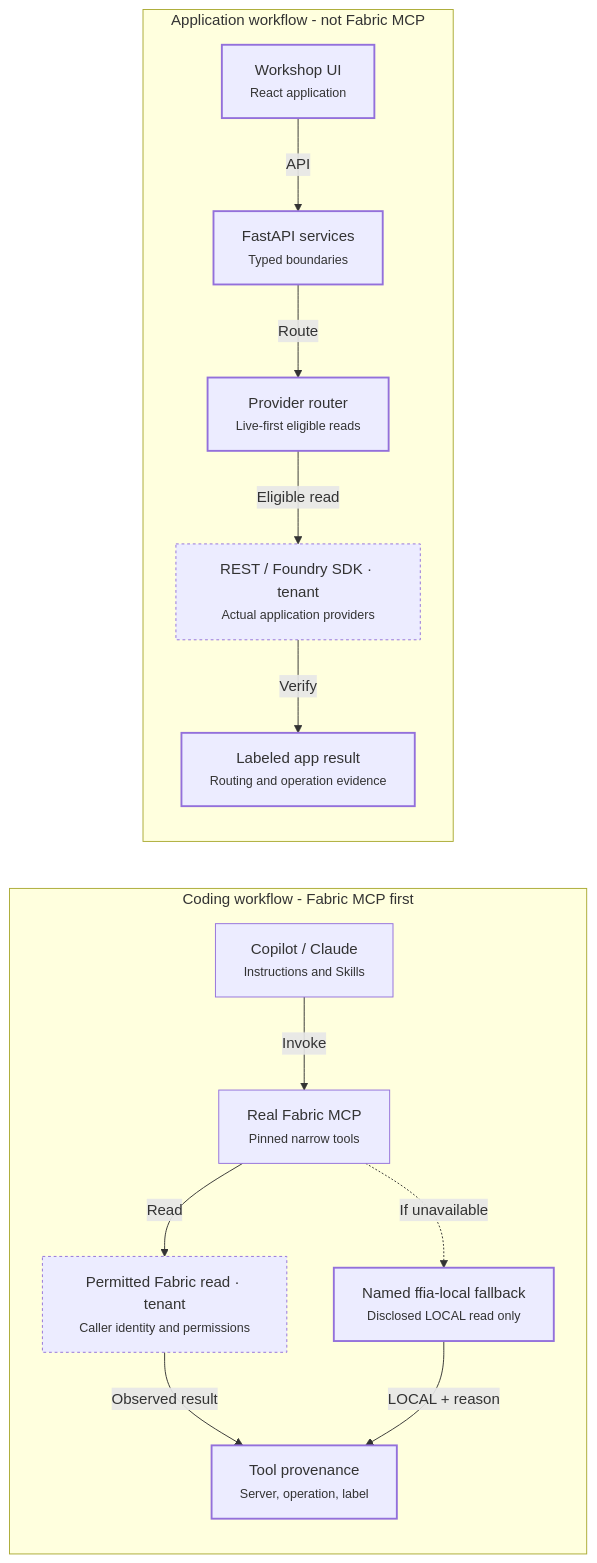
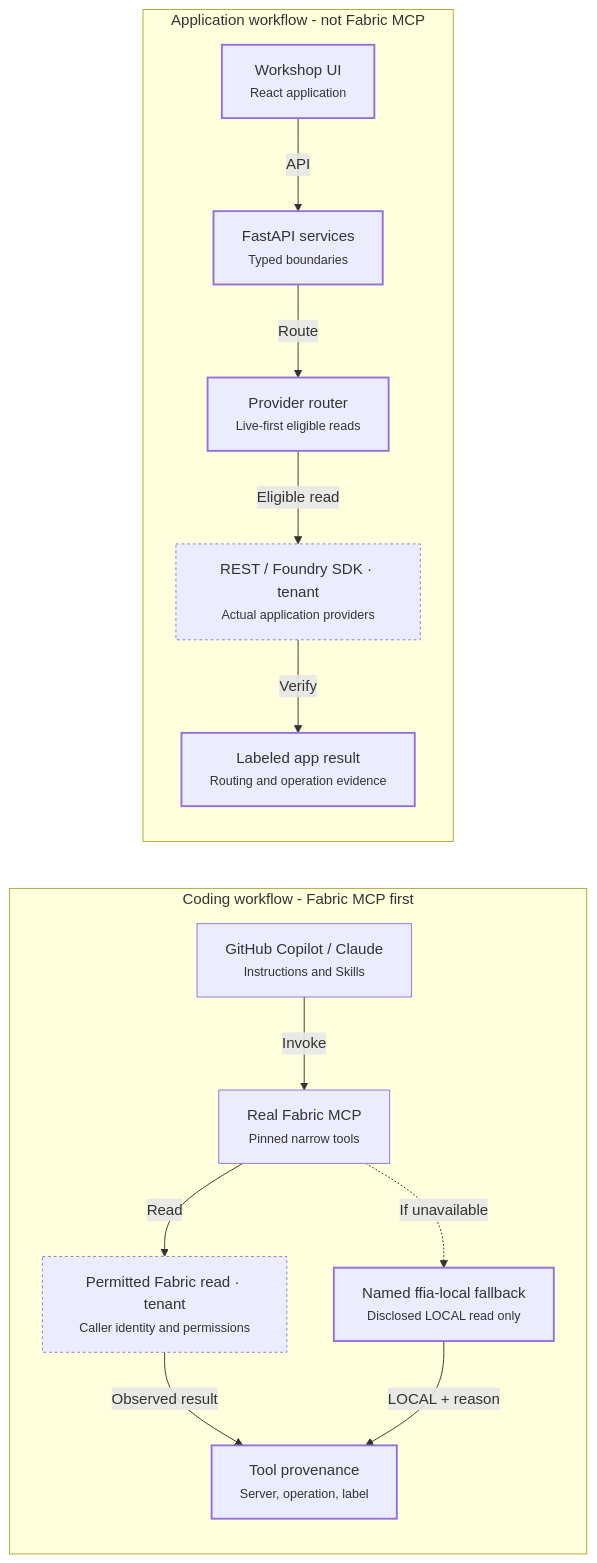
One commit to honestypugh2/fabric-foundry-integration-accelerator changed the diagram in docs/architecture/integration-paths.md. Above: the diagram before and after it, drawn with Mermaid. The commit also changed other lines of this file and 186 other files, not shown here.

First line of the commit message:
Polish sharing docs and GitHub Copilot branding

````diff
--- a/docs/architecture/integration-paths.md
+++ b/docs/architecture/integration-paths.md
@@ -20,35 +20,35 @@
 ```mermaid
 flowchart LR
   subgraph coding["Coding workflow - Fabric MCP first"]
-    harness["Copilot / Claude<br/><small>Instructions and Skills</small>"]
+    harness["GitHub Copilot / Claude<br/><small>Instructions and Skills</small>"]
     mcp["Real Fabric MCP<br/><small>Pinned narrow tools</small>"]
     fabric["Permitted Fabric read · tenant<br/><small>Caller identity and permissions</small>"]
     fallback["Named ffia-local fallback<br/><small>Disclosed LOCAL read only</small>"]
     tool_proof["Tool provenance<br/><small>Server, operation, label</small>"]
   end
   subgraph application["Application workflow - not Fabric MCP"]
     browser["Workshop UI<br/><small>React application</small>"]
     api["FastAPI services<br/><small>Typed boundaries</small>"]
     router["Provider router<br/><small>Live-first eligible reads</small>"]
     providers["REST / Foundry SDK · tenant<br/><small>Actual application providers</small>"]
     app_proof["Labeled app result<br/><small>Routing and operation evidence</small>"]
   end
   harness -->|Invoke| mcp
   mcp -->|Read| fabric
   fabric -->|Observed result| tool_proof
   mcp -.->|If unavailable| fallback
   fallback -->|LOCAL + reason| tool_proof
   browser -->|API| api
   api -->|Route| router
   router -->|Eligible read| providers
   providers -->|Verify| app_proof
   class harness,mcp documented
   class fallback,tool_proof,browser,api,router,app_proof implemented
   class fabric,providers tenant_validation
   classDef implemented stroke-width:2px
   classDef planned stroke-dasharray: 6 4
   classDef preview stroke-dasharray: 2 3
   classDef optional stroke-dasharray: 8 4
   classDef documented stroke-width:1px
   classDef tenant_validation stroke-dasharray: 3 3
 ```
````
